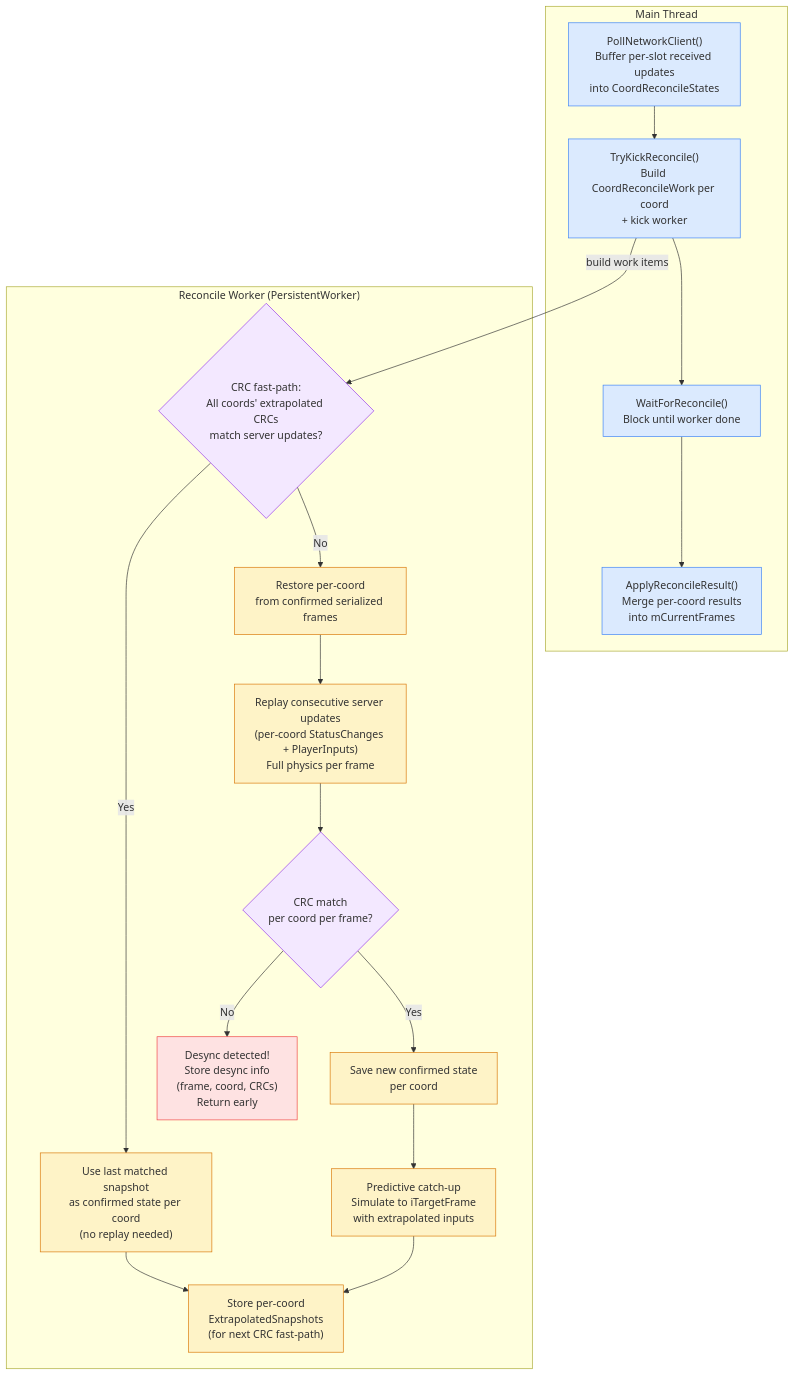
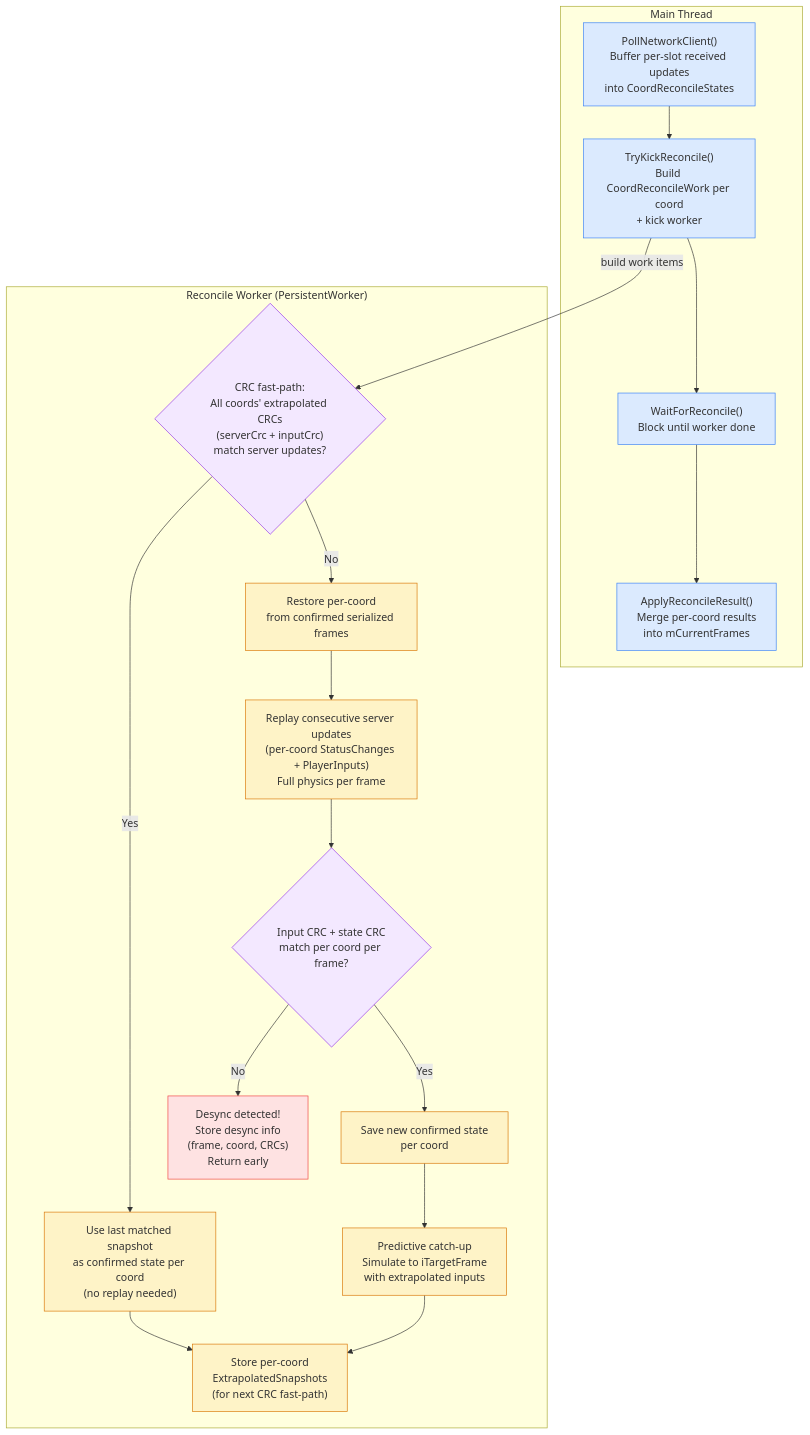
The sixth of 6 diagrams in Documents/Architecture/Network.md (DougTanner/BrokenEnginePublic), drawn with Mermaid before and after one commit. The commit also changed other lines of this file and 22 other files, not shown here.

````diff
--- a/Documents/Architecture/Network.md
+++ b/Documents/Architecture/Network.md
@@ -176,37 +184,37 @@
 ```mermaid
 %%{init: {'theme': 'default'}}%%
 flowchart TD
     classDef mainThread fill:#dbeafe,stroke:#3b82f6
     classDef worker fill:#fef3c7,stroke:#d97706
     classDef decision fill:#f3e8ff,stroke:#9333ea
     classDef desync fill:#fee2e2,stroke:#ef4444
 
     subgraph main ["Main Thread"]
         poll["PollNetworkClient()<br/>Buffer per-slot received updates<br/>into CoordReconcileStates"]:::mainThread
         kick["TryKickReconcile()<br/>Build CoordReconcileWork per coord<br/>+ kick worker"]:::mainThread
         wait["WaitForReconcile()<br/>Block until worker done"]:::mainThread
         apply["ApplyReconcileResult()<br/>Merge per-coord results<br/>into mCurrentFrames"]:::mainThread
     end
 
     subgraph worker_thread ["Reconcile Worker (PersistentWorker)"]
-        check_crc{"CRC fast-path:<br/>All coords' extrapolated CRCs<br/>match server updates?"}:::decision
+        check_crc{"CRC fast-path:<br/>All coords' extrapolated CRCs<br/>(serverCrc + inputCrc)<br/>match server updates?"}:::decision
 
         fast["Use last matched snapshot<br/>as confirmed state per coord<br/>(no replay needed)"]:::worker
 
         restore["Restore per-coord<br/>from confirmed serialized frames"]:::worker
         replay["Replay consecutive server updates<br/>(per-coord StatusChanges + PlayerInputs)<br/>Full physics per frame"]:::worker
-        validate{"CRC match<br/>per coord per frame?"}:::decision
+        validate{"Input CRC + state CRC<br/>match per coord per frame?"}:::decision
         save_confirmed["Save new confirmed state<br/>per coord"]:::worker
         catchup["Predictive catch-up<br/>Simulate to iTargetFrame<br/>with extrapolated inputs"]:::worker
         snapshot["Store per-coord<br/>ExtrapolatedSnapshots<br/>(for next CRC fast-path)"]:::worker
 
         desync["Desync detected!<br/>Store desync info<br/>(frame, coord, CRCs)<br/>Return early"]:::desync
     end
 
     poll --> kick --> wait --> apply
     kick -->|build work items| check_crc
     check_crc -->|Yes| fast --> snapshot
     check_crc -->|No| restore --> replay --> validate
     validate -->|Yes| save_confirmed --> catchup --> snapshot
     validate -->|No| desync
 ```
````
